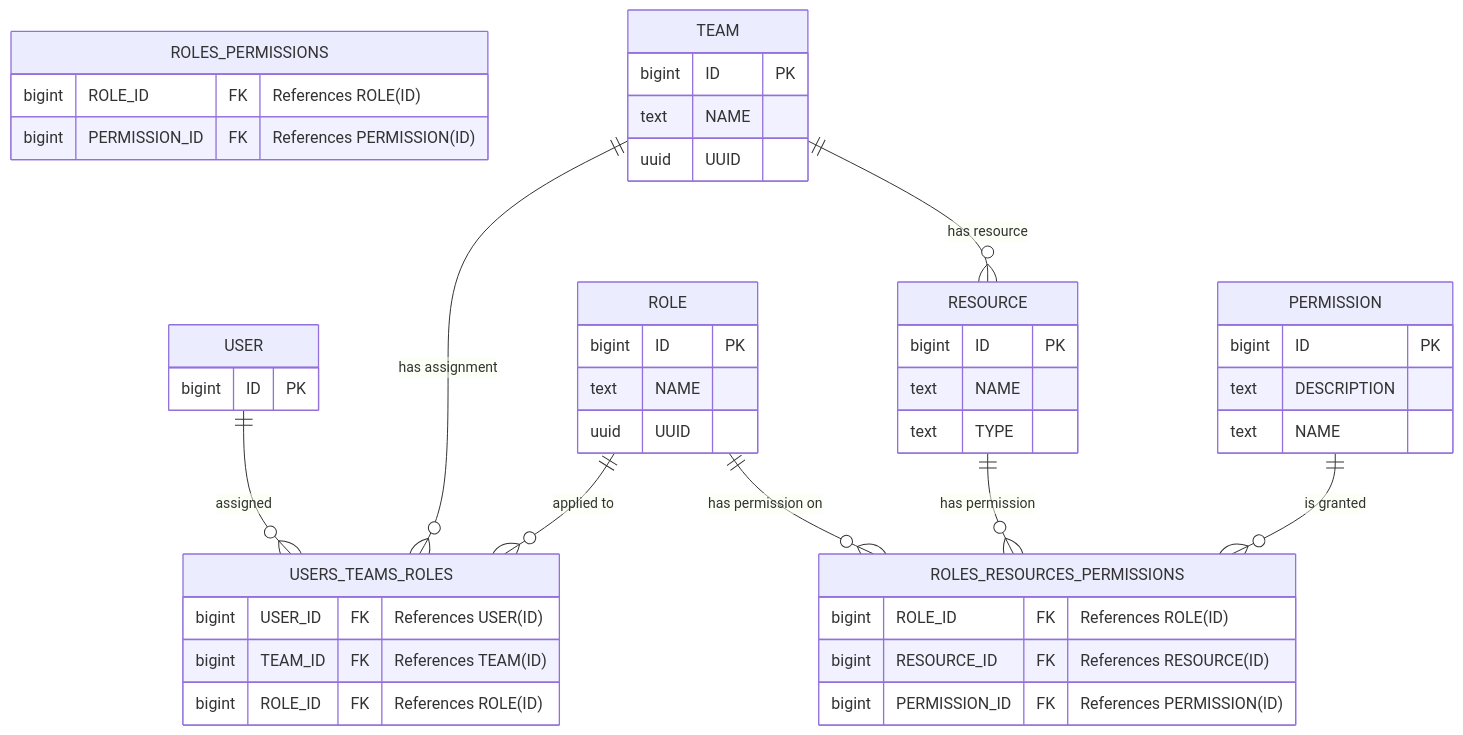
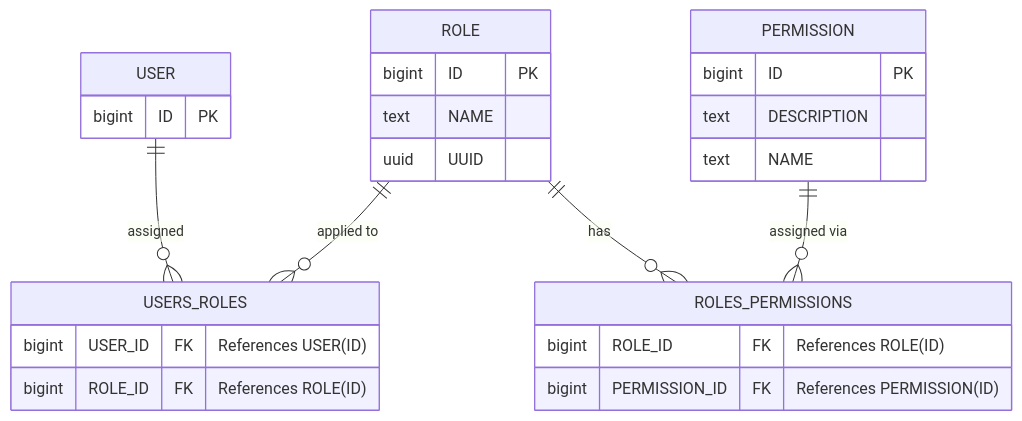
Before and after one commit to DependencyTrack/hyades: the diagram in docs/architecture/decisions/009-auth-and-roles.md, drawn with Mermaid.

Commit message:
Updated Diagram_v2

````diff
--- a/docs/architecture/decisions/009-auth-and-roles.md
+++ b/docs/architecture/decisions/009-auth-and-roles.md
@@ -22,63 +22,38 @@
 ```mermaid
 
 erDiagram
     %% Table Definitions
     ROLE {
         bigint ID PK
         text NAME
         uuid UUID
+    }
+
+    USER {
+        bigint ID PK
     }
 
     PERMISSION {
         bigint ID PK
         text DESCRIPTION
         text NAME
     }
 
     ROLES_PERMISSIONS {
         bigint ROLE_ID FK "References ROLE(ID)"
         bigint PERMISSION_ID FK "References PERMISSION(ID)"
     }
 
-    TEAM {
-        bigint ID PK
-        text NAME
-        uuid UUID
-    }
-
-    RESOURCE {
-        bigint ID PK
-        text NAME
-        text TYPE
-    }
-
-    USER {
-        bigint ID PK
-    }
-
-    USERS_TEAMS_ROLES {
+    USERS_ROLES {
         bigint USER_ID FK "References USER(ID)"
-        bigint TEAM_ID FK "References TEAM(ID)"
         bigint ROLE_ID FK "References ROLE(ID)"
     }
 
-    ROLES_RESOURCES_PERMISSIONS {
-        bigint ROLE_ID FK "References ROLE(ID)"
-        bigint RESOURCE_ID FK "References RESOURCE(ID)"
-        bigint PERMISSION_ID FK "References PERMISSION(ID)"
-    }
+    %% Relationships for USERS_ROLES: This table associates a USER and a ROLE.
+    USER ||--o{ USERS_ROLES : "assigned"
+    ROLE ||--o{ USERS_ROLES : "applied to"
 
-    %% Relationships for USERS_TEAMS_ROLES: This table associates a USER, a TEAM, and a ROLE.
-    USER ||--o{ USERS_TEAMS_ROLES : "assigned"
-    TEAM ||--o{ USERS_TEAMS_ROLES : "has assignment"
-    ROLE ||--o{ USERS_TEAMS_ROLES : "applied to"
-
-    %% Relationships between ROLE and RESOURCE via ROLES_RESOURCES_PERMISSIONS
-    ROLE ||--o{ ROLES_RESOURCES_PERMISSIONS : "has permission on"
-    RESOURCE ||--o{ ROLES_RESOURCES_PERMISSIONS : "has permission"
-    PERMISSION ||--o{ ROLES_RESOURCES_PERMISSIONS : "is granted"
-
-    %% Relationships between TEAM and RESOURCE
-    TEAM ||--o{ RESOURCE : "has resource"
-
+    %% Relationships between ROLE and PERMISSION via ROLES_PERMISSIONS
+    ROLE ||--o{ ROLES_PERMISSIONS : "has"
+    PERMISSION ||--o{ ROLES_PERMISSIONS : "assigned via"
 ```
````
